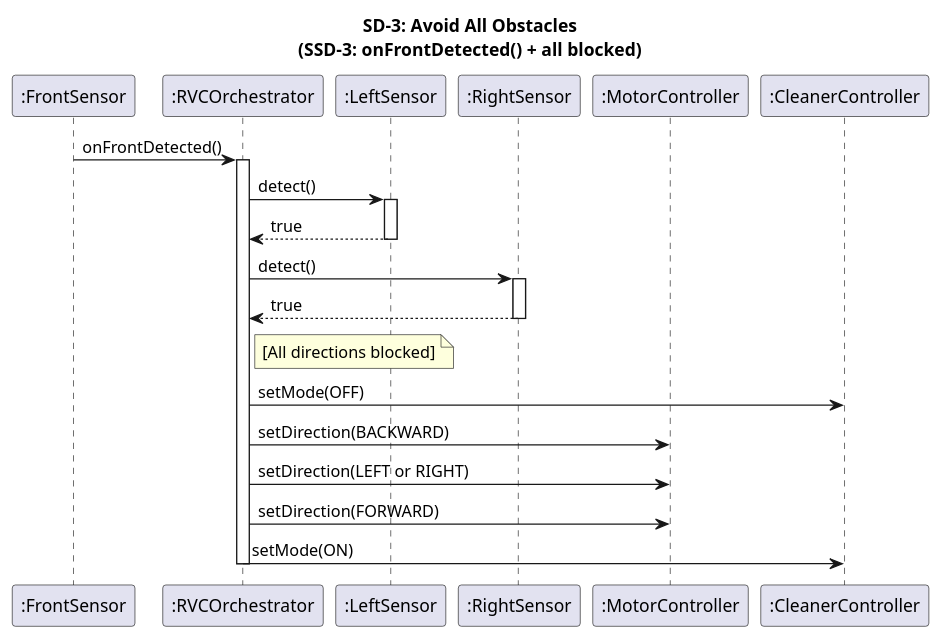
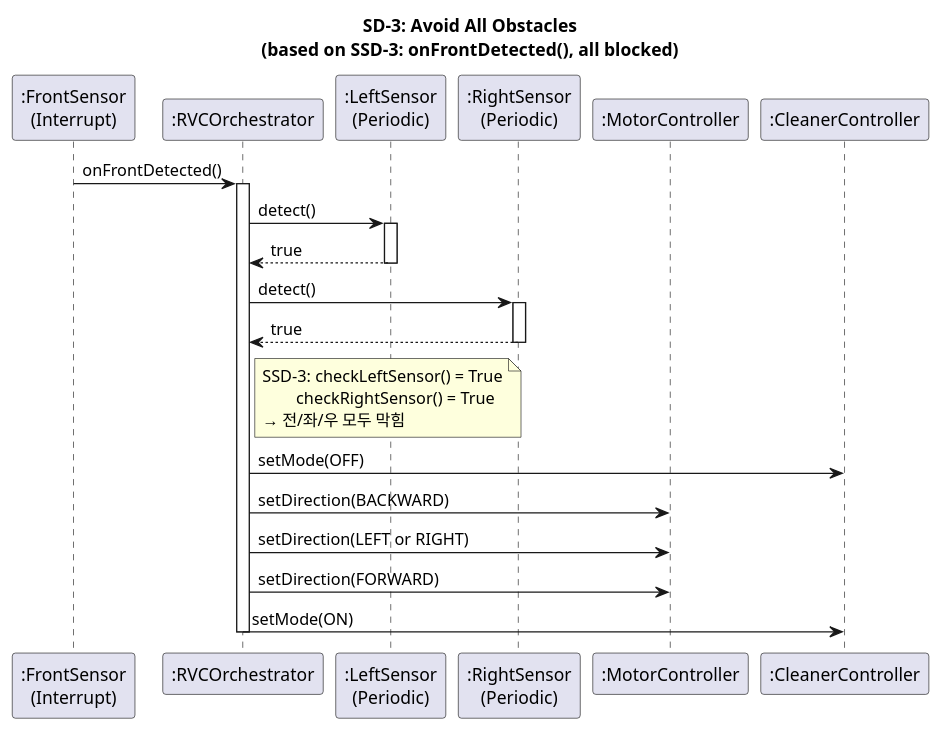
The third of 4 diagrams in docs/vibe-coding/03-ood/sequence-diagrams.mdx (OOP-konkuk/CICD-Team7), drawn with PlantUML before and after one commit. The commit also changed other lines of this file and 25 other files, not shown here.

````diff
--- a/docs/vibe-coding/03-ood/sequence-diagrams.mdx
+++ b/docs/vibe-coding/03-ood/sequence-diagrams.mdx
@@ -111,30 +114,34 @@
 ```plantuml
 @startuml SD3_AvoidAllObstacles
-title SD-3: Avoid All Obstacles\n(SSD-3: onFrontDetected() + all blocked)
+title SD-3: Avoid All Obstacles\n(based on SSD-3: onFrontDetected(), all blocked)
 
-participant ":FrontSensor" as FS
+participant ":FrontSensor\n(Interrupt)" as FS
 participant ":RVCOrchestrator" as Orch
-participant ":LeftSensor" as LS
-participant ":RightSensor" as RS
+participant ":LeftSensor\n(Periodic)" as LS
+participant ":RightSensor\n(Periodic)" as RS
 participant ":MotorController" as Motor
 participant ":CleanerController" as Cleaner
 
 FS -> Orch : onFrontDetected()
 activate Orch
 Orch -> LS : detect()
 activate LS
 LS --> Orch : true
 deactivate LS
 Orch -> RS : detect()
 activate RS
 RS --> Orch : true
 deactivate RS
-note right of Orch : [All directions blocked]
+note right of Orch
+  SSD-3: checkLeftSensor() = True
+          checkRightSensor() = True
+  → 전/좌/우 모두 막힘
+end note
 Orch -> Cleaner : setMode(OFF)
 Orch -> Motor : setDirection(BACKWARD)
 Orch -> Motor : setDirection(LEFT or RIGHT)
 Orch -> Motor : setDirection(FORWARD)
 Orch -> Cleaner : setMode(ON)
 deactivate Orch
 @enduml
 ```
````
